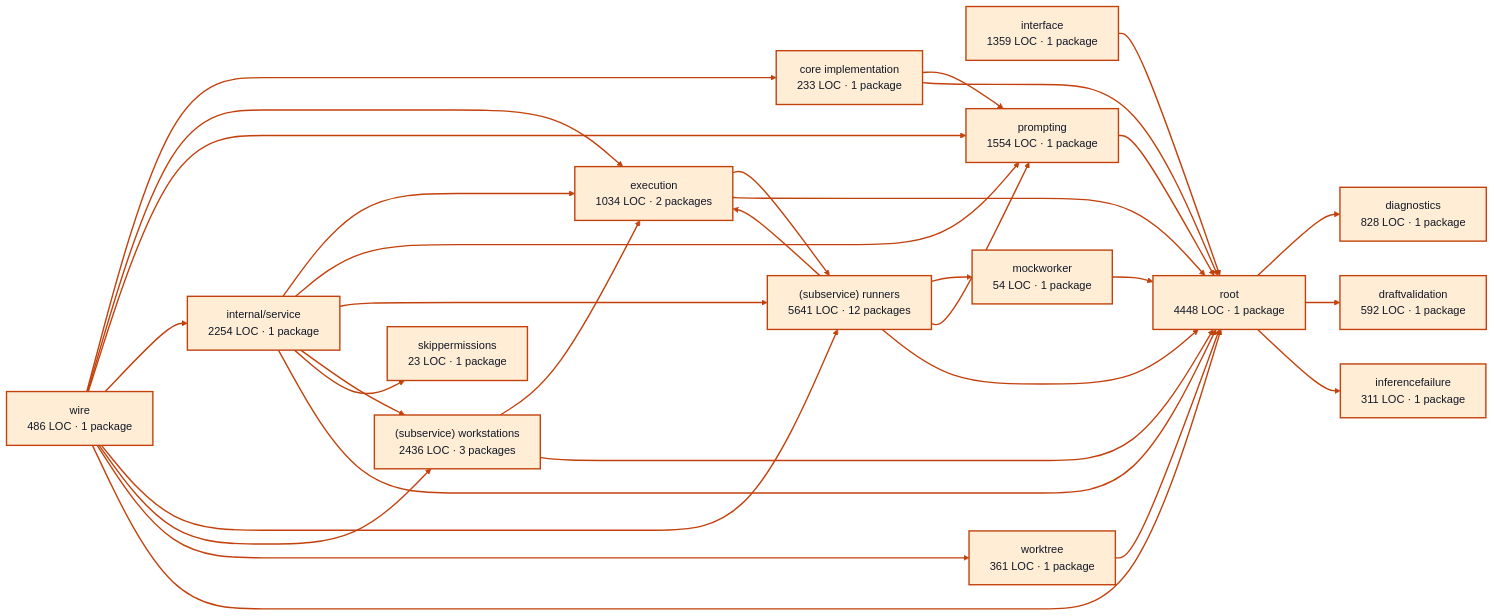
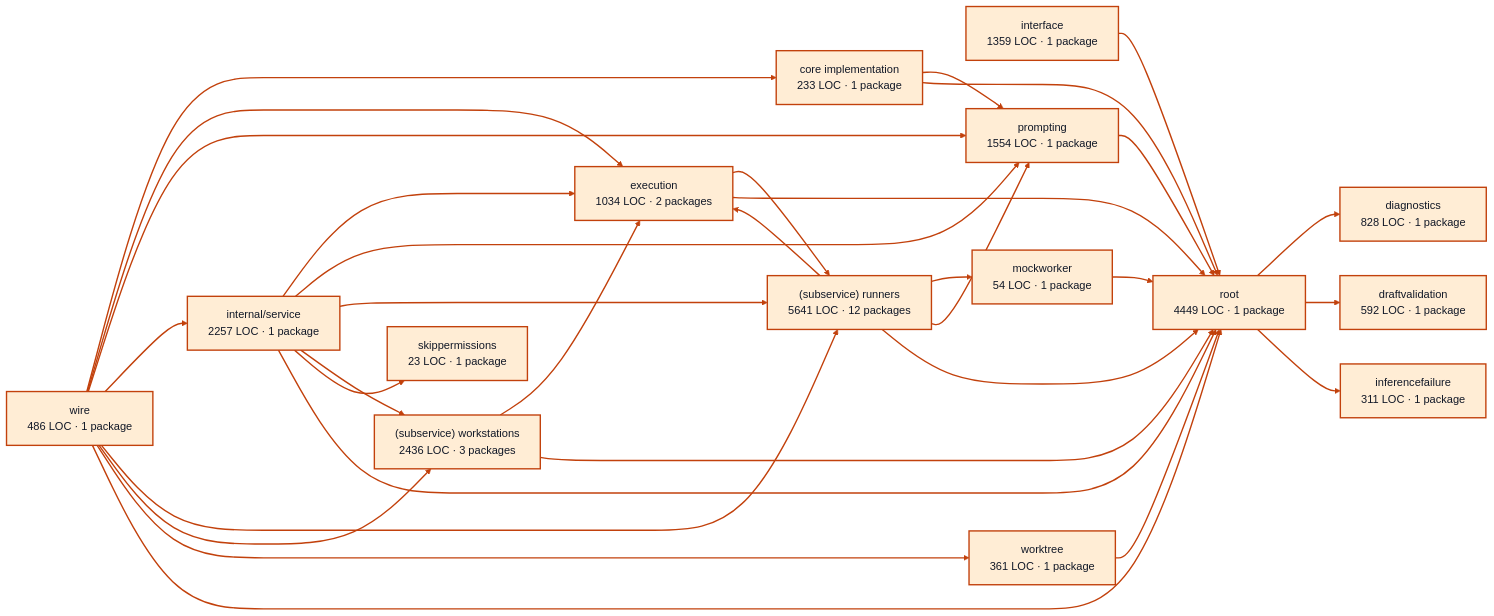
One commit to portpowered/you-agent-factory changed the diagram in docs/architecture/visualizations/services/workers.md. Above: the diagram before and after it, drawn with Mermaid. The commit also changed other lines of this file and 20 other files, not shown here.

Commit message:
docs: refresh backend architecture visualizations

````diff
--- a/docs/architecture/visualizations/services/workers.md
+++ b/docs/architecture/visualizations/services/workers.md
@@ -11,65 +11,65 @@
 ```mermaid
 flowchart LR
   p0["core implementation<br/>233 LOC · 1 package"]
   p1["diagnostics<br/>828 LOC · 1 package"]
   p2["draftvalidation<br/>592 LOC · 1 package"]
   p3["execution<br/>1034 LOC · 2 packages"]
   p4["inferencefailure<br/>311 LOC · 1 package"]
   p5["interface<br/>1359 LOC · 1 package"]
   p6["mockworker<br/>54 LOC · 1 package"]
   p7["prompting<br/>1554 LOC · 1 package"]
-  p8["internal/service<br/>2254 LOC · 1 package"]
+  p8["internal/service<br/>2257 LOC · 1 package"]
   p9["(subservice) runners<br/>5641 LOC · 12 packages"]
   p10["(subservice) workstations<br/>2436 LOC · 3 packages"]
   p11["skippermissions<br/>23 LOC · 1 package"]
   p12["worktree<br/>361 LOC · 1 package"]
-  p13["root<br/>4448 LOC · 1 package"]
+  p13["root<br/>4449 LOC · 1 package"]
   p14["wire<br/>486 LOC · 1 package"]
   p0 --> p7
   p0 --> p13
   p3 --> p9
   p3 --> p13
   p5 --> p13
   p6 --> p13
   p7 --> p13
   p8 --> p3
   p8 --> p7
   p8 --> p9
   p8 --> p10
   p8 --> p11
   p8 --> p13
   p9 --> p3
   p9 --> p6
   p9 --> p7
   p9 --> p13
   p10 --> p3
   p10 --> p13
   p12 --> p13
   p13 --> p1
   p13 --> p2
   p13 --> p4
   p14 --> p0
   p14 --> p3
   p14 --> p7
   p14 --> p8
   p14 --> p9
   p14 --> p10
   p14 --> p12
   p14 --> p13
   style p0 fill:#ffedd5,stroke:#c2410c,stroke-width:2px,color:#111827
   style p1 fill:#ffedd5,stroke:#c2410c,stroke-width:2px,color:#111827
   style p2 fill:#ffedd5,stroke:#c2410c,stroke-width:2px,color:#111827
   style p3 fill:#ffedd5,stroke:#c2410c,stroke-width:2px,color:#111827
   style p4 fill:#ffedd5,stroke:#c2410c,stroke-width:2px,color:#111827
   style p5 fill:#ffedd5,stroke:#c2410c,stroke-width:2px,color:#111827
   style p6 fill:#ffedd5,stroke:#c2410c,stroke-width:2px,color:#111827
   style p7 fill:#ffedd5,stroke:#c2410c,stroke-width:2px,color:#111827
   style p8 fill:#ffedd5,stroke:#c2410c,stroke-width:2px,color:#111827
   style p9 fill:#ffedd5,stroke:#c2410c,stroke-width:2px,color:#111827
   style p10 fill:#ffedd5,stroke:#c2410c,stroke-width:2px,color:#111827
   style p11 fill:#ffedd5,stroke:#c2410c,stroke-width:2px,color:#111827
   style p12 fill:#ffedd5,stroke:#c2410c,stroke-width:2px,color:#111827
   style p13 fill:#ffedd5,stroke:#c2410c,stroke-width:2px,color:#111827
   style p14 fill:#ffedd5,stroke:#c2410c,stroke-width:2px,color:#111827
   linkStyle default stroke:#c2410c,stroke-width:2px
 ```
````
